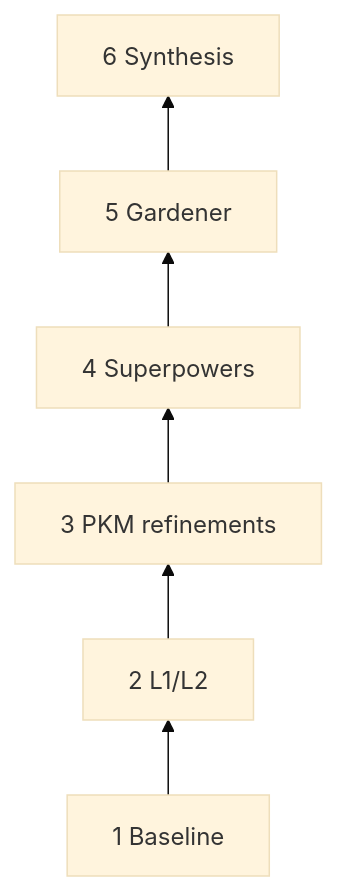
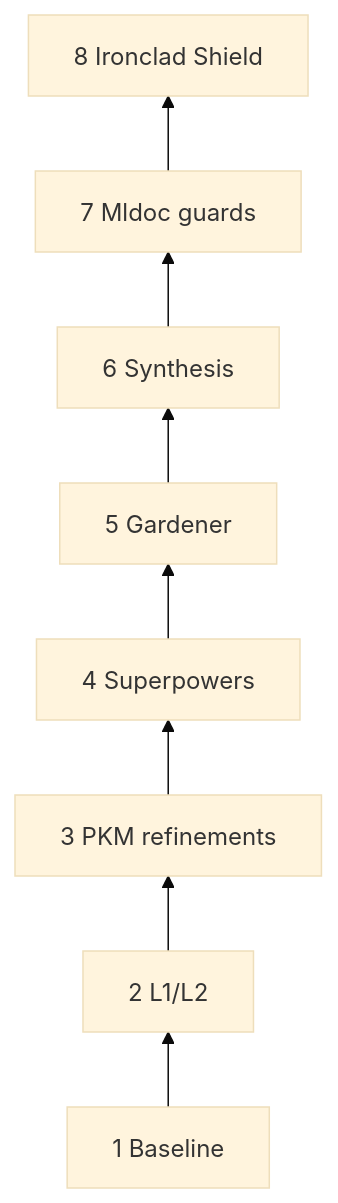
The third of 4 diagrams in README.md (MarcoPorcellato/matryca-logseq-llm-wiki), drawn with Mermaid (base theme) before and after one commit. The commit also changed other lines of this file and 7 other files, not shown here.

Commit message:
docs: complete ultimate documentation for Phase 7 & 8 (Mldoc & Ironclad Shield)

````diff
--- a/README.md
+++ b/README.md
@@ -91,10 +103,12 @@
 ```mermaid
 flowchart BT
   P1["1 Baseline"]
   P2["2 L1/L2"]
   P3["3 PKM refinements"]
   P4["4 Superpowers"]
   P5["5 Gardener"]
   P6["6 Synthesis"]
-  P1 --> P2 --> P3 --> P4 --> P5 --> P6
+  P7["7 Mldoc guards"]
+  P8["8 Ironclad Shield"]
+  P1 --> P2 --> P3 --> P4 --> P5 --> P6 --> P7 --> P8
 ```
````
